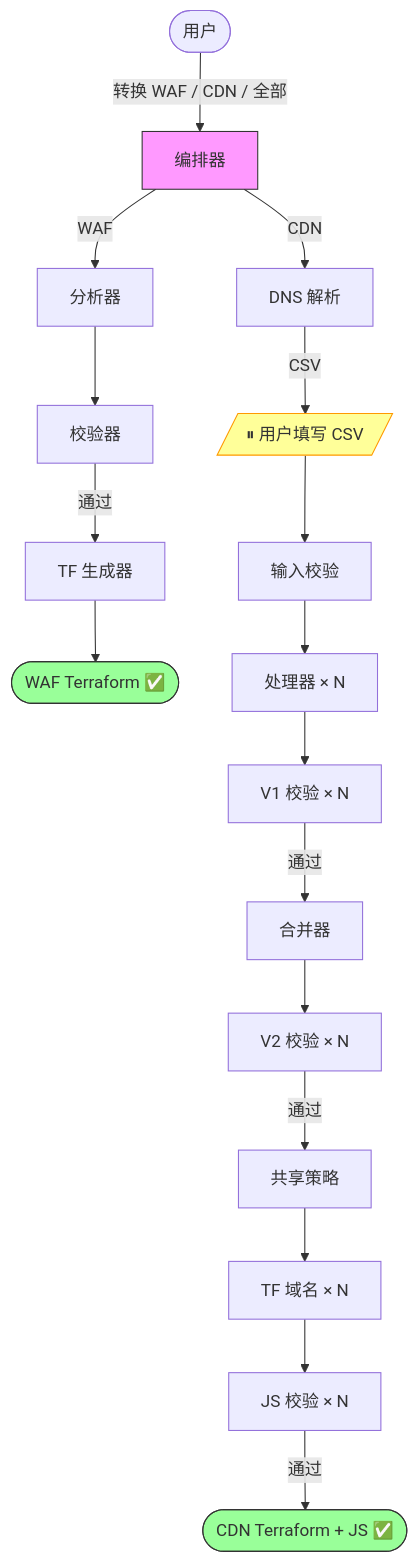
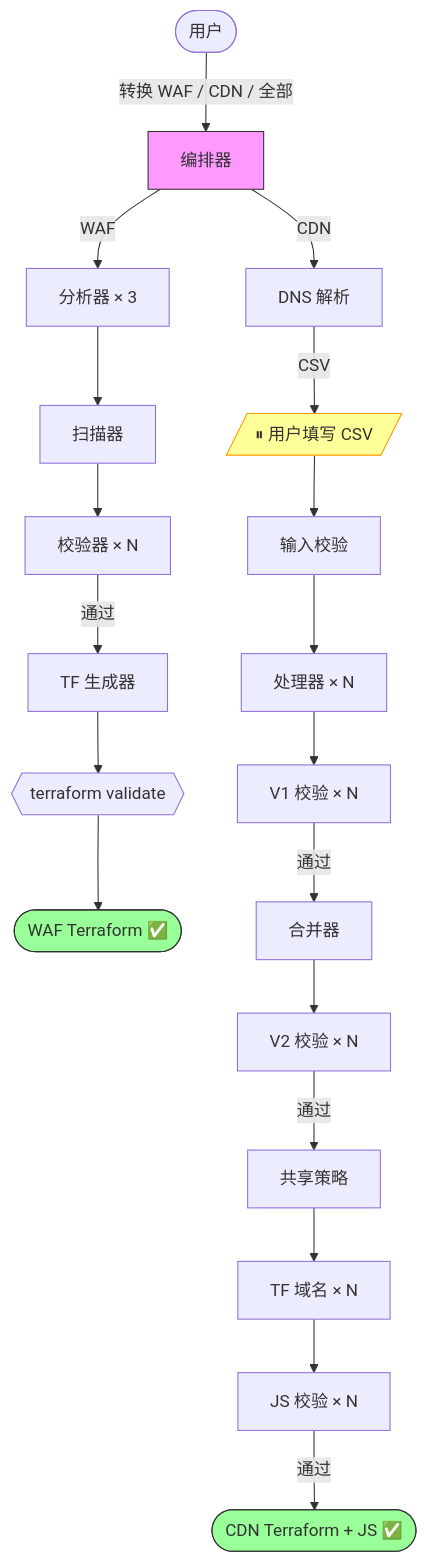
The diagram in README_CN.md (chenghit/cloudflare-aws-edge-config-converter), drawn with Mermaid before and after one commit. The commit also changed other lines of this file and 1 other file, not shown here.

Commit message:
docs: update Mermaid diagrams and WAF pipeline description for v2 architecture
WAF flow now shows: Analyzer×3 → Scanner → Validator×N → TF Generator → terraform validate
Updated both EN and CN READMEs (text description + Mermaid diagram)

````diff
--- a/README_CN.md
+++ b/README_CN.md
@@ -77,22 +77,22 @@
 ```mermaid
 flowchart TD
     User([用户]) -->|"转换 WAF / CDN / 全部"| Main["编排器"]
 
-    Main -->|WAF| WAF_A["分析器"] --> WAF_V["校验器"] -->|通过| WAF_G["TF 生成器"] --> WAF_Done([WAF Terraform ✅])
+    Main -->|WAF| WAF_A["分析器 × 3"] --> WAF_S["扫描器"] --> WAF_V["校验器 × N"] -->|通过| WAF_G["TF 生成器"] --> WAF_T{{"terraform validate"}} --> WAF_Done([WAF Terraform ✅])
 
     Main -->|CDN| CDN1["DNS 解析"] -->|CSV| Pause[/"⏸ 用户填写 CSV"/]
     Pause --> CDN2["输入校验"]
     CDN2 --> CDN3["处理器 × N"]
     CDN3 --> CDN4["V1 校验 × N"]
     CDN4 -->|通过| CDN5["合并器"]
     CDN5 --> CDN6["V2 校验 × N"]
     CDN6 -->|通过| CDN7["共享策略"]
     CDN7 --> CDN8["TF 域名 × N"]
     CDN8 --> CDN9["JS 校验 × N"]
     CDN9 -->|通过| CDN_Done([CDN Terraform + JS ✅])
 
     style Main fill:#f9f,stroke:#333
     style Pause fill:#ff9,stroke:#f90
     style WAF_Done fill:#9f9,stroke:#333
     style CDN_Done fill:#9f9,stroke:#333
 ```
````
